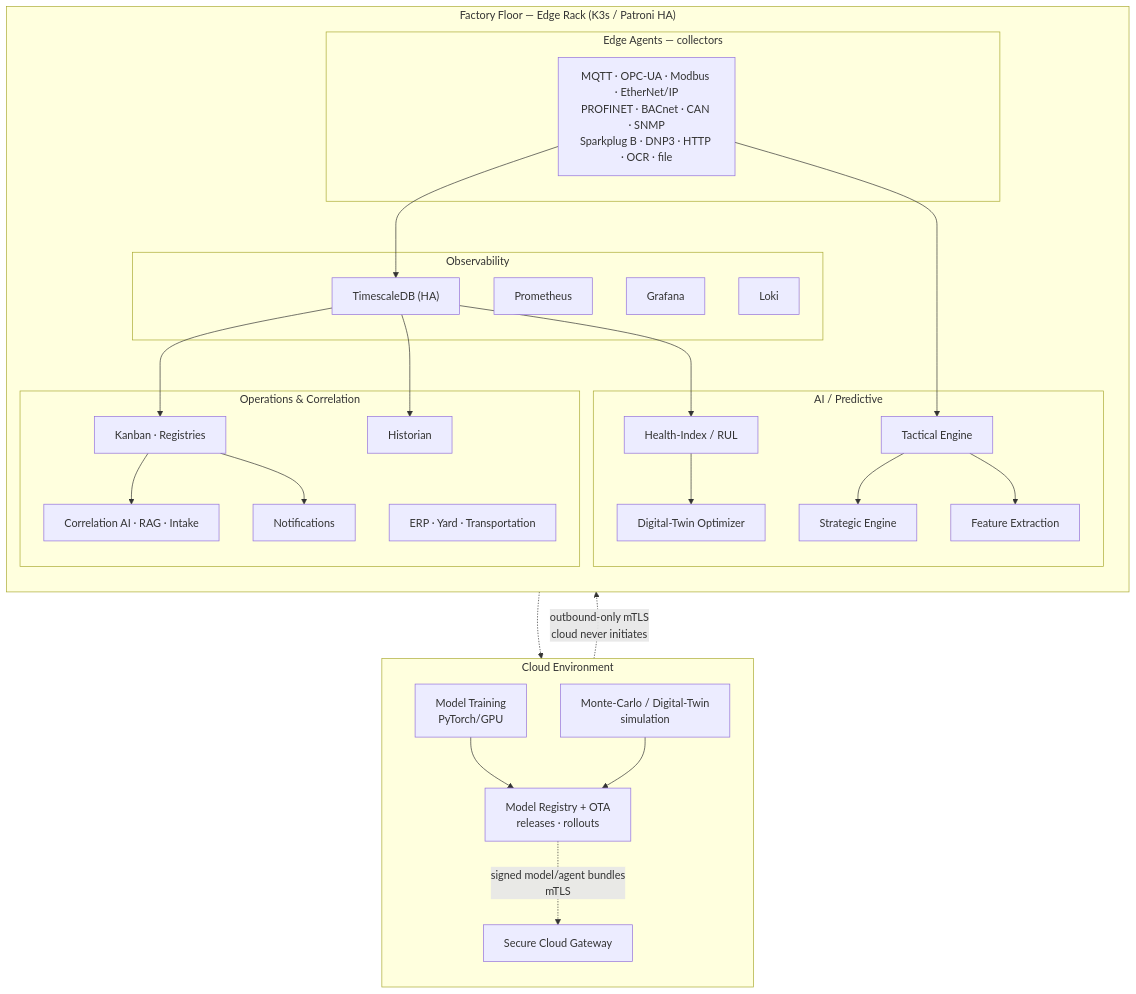
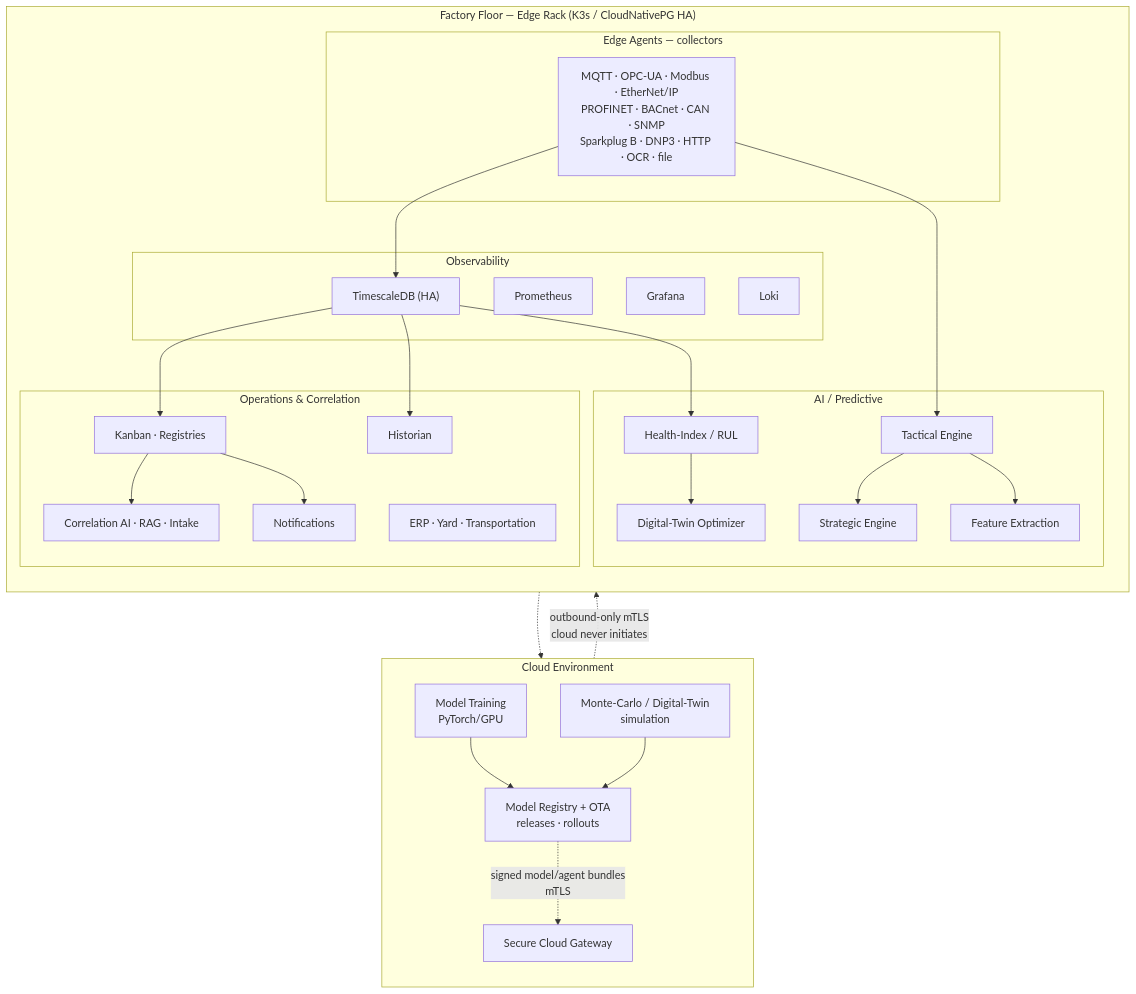
The third of 5 diagrams in README.md (SoundSafe-Dev/OmniusGrid-X), drawn with Mermaid before and after one commit. The commit also changed other lines of this file and 1 other file, not shown here.

````diff
--- a/README.md
+++ b/README.md
@@ -433,52 +433,52 @@
 ```mermaid
 flowchart TB
     subgraph CLOUD["Cloud Environment"]
         direction TB
         MT["Model Training<br/>PyTorch/GPU"]
         MC["Monte-Carlo / Digital-Twin<br/>simulation"]
         MR["Model Registry + OTA<br/>releases · rollouts"]
         CG["Secure Cloud Gateway"]
         MT --> MR
         MC --> MR
     end
 
     MR -. "signed model/agent bundles<br/>mTLS" .-> CG
 
-    subgraph EDGE["Factory Floor — Edge Rack (K3s / Patroni HA)"]
+    subgraph EDGE["Factory Floor — Edge Rack (K3s / CloudNativePG HA)"]
         direction TB
         subgraph OBS["Observability"]
             PROM["Prometheus"]
             GRAF["Grafana"]
             LOKI["Loki"]
             TSDB["TimescaleDB (HA)"]
         end
         subgraph AI["AI / Predictive"]
             TACT["Tactical Engine"]
             STRAT["Strategic Engine"]
             RUL["Health-Index / RUL"]
             TWIN["Digital-Twin Optimizer"]
             FEAT["Feature Extraction"]
         end
         subgraph AGENTS["Edge Agents — collectors"]
             COL["MQTT · OPC-UA · Modbus · EtherNet/IP<br/>PROFINET · BACnet · CAN · SNMP<br/>Sparkplug B · DNP3 · HTTP · OCR · file"]
         end
         subgraph OPS["Operations & Correlation"]
             KANBAN["Kanban · Registries"]
             NOTIF["Notifications"]
             HIST["Historian"]
             ERP2["ERP · Yard · Transportation"]
             CORR["Correlation AI · RAG · Intake"]
         end
     end
 
     CG -. "outbound-only mTLS<br/>cloud never initiates" .-> EDGE
     COL --> TACT
     COL --> TSDB
     TSDB --> RUL --> TWIN
     TACT --> STRAT
     TACT --> FEAT
     FEAT -.-> CG
     TSDB --> KANBAN --> CORR
     KANBAN --> NOTIF
     TSDB --> HIST
 ```
````
